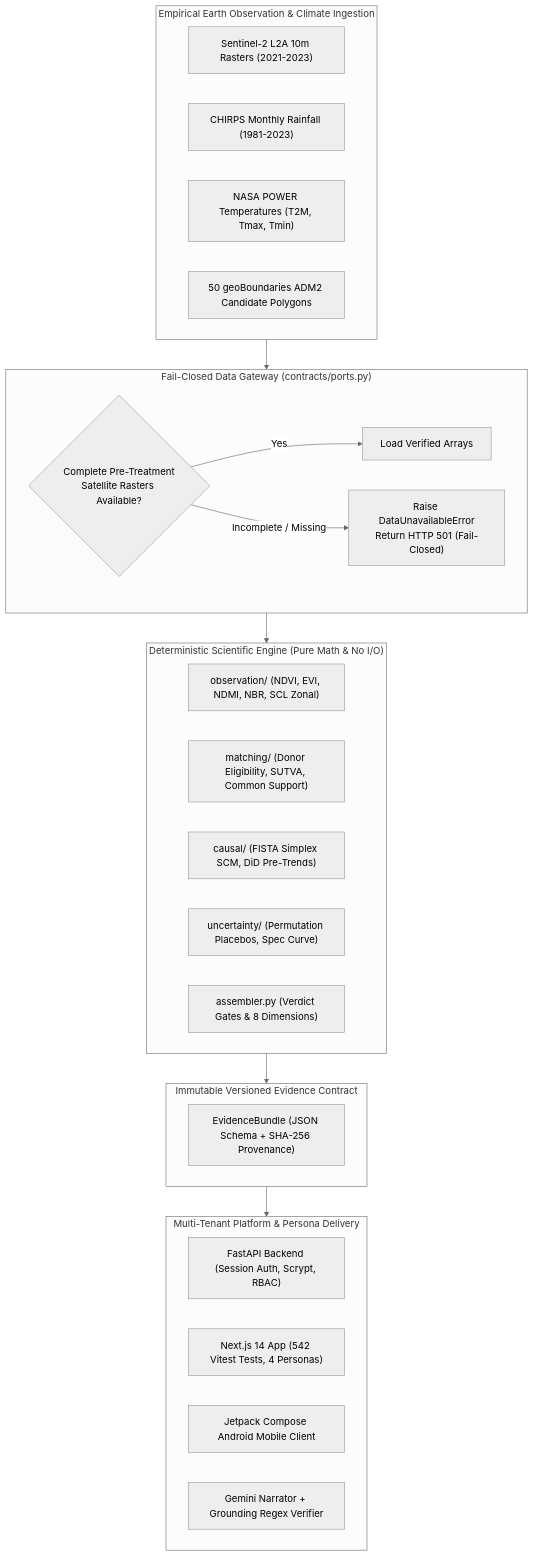
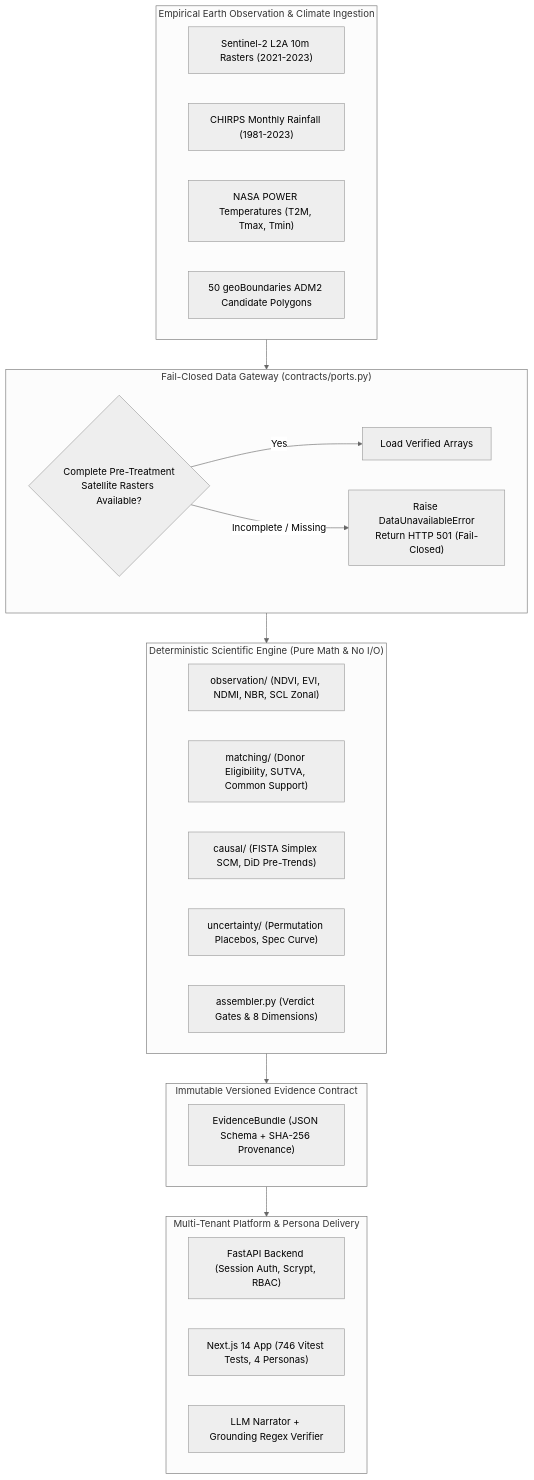
One commit to Viraj281105/GroundTruth changed the first of 6 diagrams in ARCHITECTURE.md. Above: the diagram before and after it, drawn with Mermaid (neutral theme). The commit also changed other lines of this file and 71 other files, not shown here.

````diff
--- a/ARCHITECTURE.md
+++ b/ARCHITECTURE.md
@@ -12,39 +12,38 @@
 ```mermaid
 flowchart TD
     subgraph DataLayer["Empirical Earth Observation & Climate Ingestion"]
         S2["Sentinel-2 L2A 10m Rasters (2021-2023)"]
         CHIRPS["CHIRPS Monthly Rainfall (1981-2023)"]
         POWER["NASA POWER Temperatures (T2M, Tmax, Tmin)"]
         DONOR["50 geoBoundaries ADM2 Candidate Polygons"]
     end
 
     subgraph Gateway["Fail-Closed Data Gateway (contracts/ports.py)"]
         FC{"Complete Pre-Treatment<br/>Satellite Rasters Available?"}
         FC -- "Yes" --> RealPass["Load Verified Arrays"]
         FC -- "Incomplete / Missing" --> Raise501["Raise DataUnavailableError<br/>Return HTTP 501 (Fail-Closed)"]
     end
 
     subgraph Engine["Deterministic Scientific Engine (Pure Math & No I/O)"]
         OBS["observation/ (NDVI, EVI, NDMI, NBR, SCL Zonal)"]
         MATCH["matching/ (Donor Eligibility, SUTVA, Common Support)"]
         CAUSAL["causal/ (FISTA Simplex SCM, DiD Pre-Trends)"]
         UNCERT["uncertainty/ (Permutation Placebos, Spec Curve)"]
         ASSEM["assembler.py (Verdict Gates & 8 Dimensions)"]
     end
 
     subgraph Contract["Immutable Versioned Evidence Contract"]
         EB["EvidenceBundle (JSON Schema + SHA-256 Provenance)"]
     end
 
     subgraph Delivery["Multi-Tenant Platform & Persona Delivery"]
         API["FastAPI Backend (Session Auth, Scrypt, RBAC)"]
-        WEB["Next.js 14 App (542 Vitest Tests, 4 Personas)"]
-        MOBILE["Jetpack Compose Android Mobile Client"]
-        GENAI["Gemini Narrator + Grounding Regex Verifier"]
+        WEB["Next.js 14 App (746 Vitest Tests, 4 Personas)"]
+        GENAI["LLM Narrator + Grounding Regex Verifier"]
     end
 
     DataLayer --> Gateway
     Gateway --> Engine
     Engine --> Contract
     Contract --> Delivery
 ```
````
